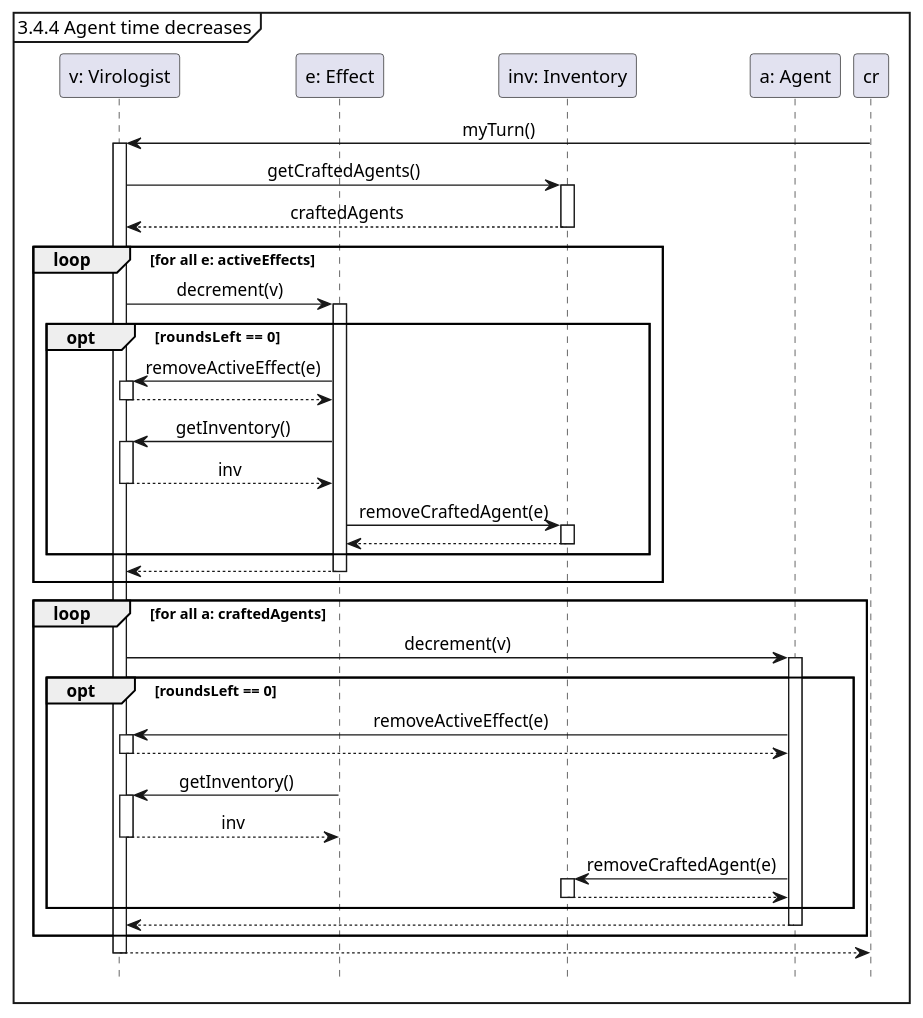
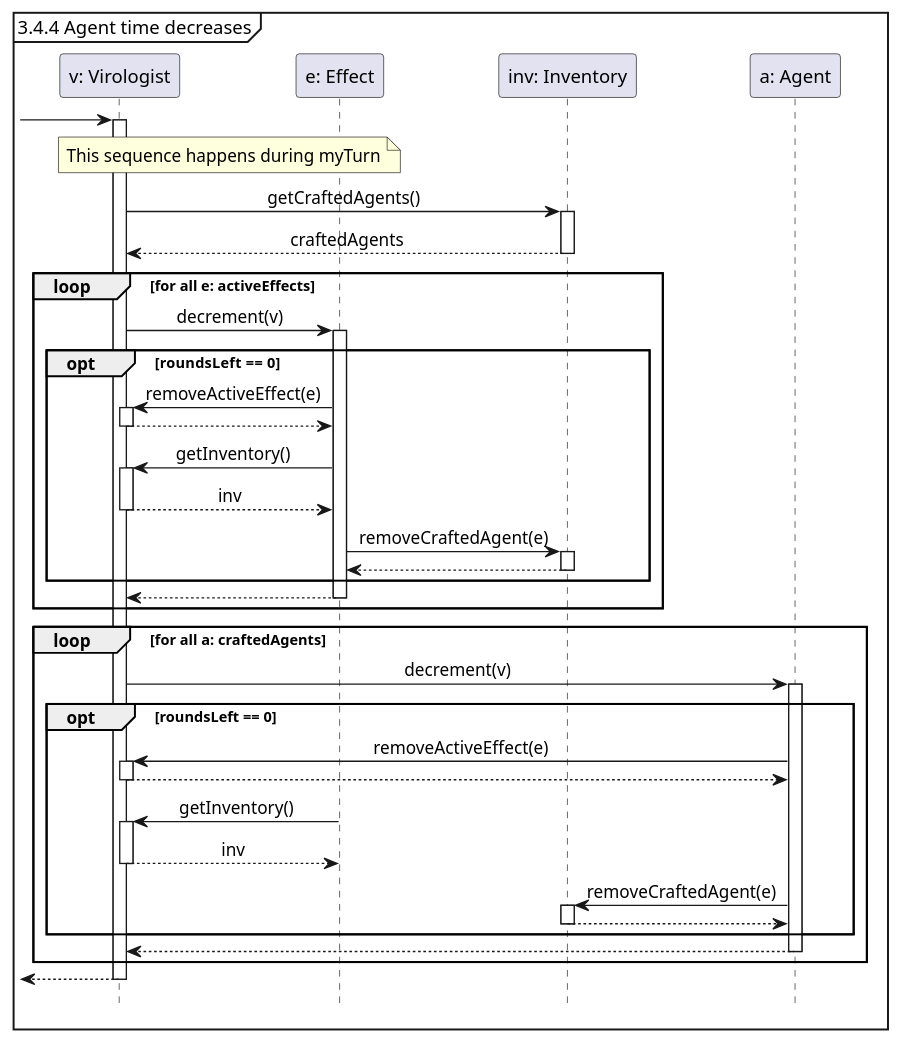
The diagram in docs/seqDiagrams/03_2agentTimeDecreases.puml (Tschonti/503-service-unavailable), drawn with PlantUML before and after one commit. The commit also changed 10 other files, not shown here.

```diff
--- a/docs/seqDiagrams/03_2agentTimeDecreases.puml
+++ b/docs/seqDiagrams/03_2agentTimeDecreases.puml
@@ -1,42 +1,41 @@
 @startuml
-
 hide footbox
 skinparam sequenceMessageAlign center
 
 mainframe 3.4.4 Agent time decreases
 
 participant "v: Virologist" as v
 participant "e: Effect" as e
 participant "inv: Inventory" as inv
 participant "a: Agent" as a
 
-cr -> v ++ : myTurn()
+-> v++:
+note over v,e : This sequence happens during myTurn
 v -> inv ++ : getCraftedAgents()
 return craftedAgents
     loop for all e: activeEffects
         v -> e ++ : decrement(v)
         opt roundsLeft ==  0
             e -> v ++ : removeActiveEffect(e)
             return
             e -> v ++ : getInventory()
             return inv
             e -> inv ++ : removeCraftedAgent(e)
             return
         end
         return
     end
     loop for all a: craftedAgents
         v -> a++ : decrement(v)
             opt roundsLeft == 0
                 a -> v ++ : removeActiveEffect(e)
                 return
                 e -> v ++ : getInventory()
                 return inv
                 a -> inv ++ : removeCraftedAgent(e)
                 return
             end
         return
     end
 return
-
 @enduml
```
